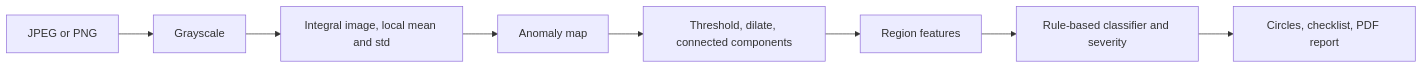
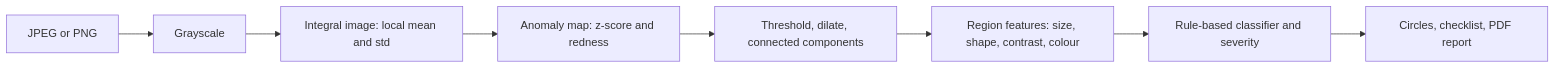
The diagram in README.md (SubhuPanda21/InspectIQ), drawn with Mermaid before and after one commit. The commit also changed other lines of this file, not shown here.

````diff
--- a/README.md
+++ b/README.md
@@ -41,10 +60,10 @@
 ```mermaid
 flowchart LR
   U[JPEG or PNG] --> G[Grayscale]
-  G --> I[Integral image, local mean and std]
-  I --> Z[Anomaly map]
+  G --> I[Integral image: local mean and std]
+  I --> Z[Anomaly map: z-score and redness]
   Z --> C[Threshold, dilate, connected components]
-  C --> R[Region features]
+  C --> R[Region features: size, shape, contrast, colour]
   R --> K[Rule-based classifier and severity]
   K --> O[Circles, checklist, PDF report]
 ```
````
